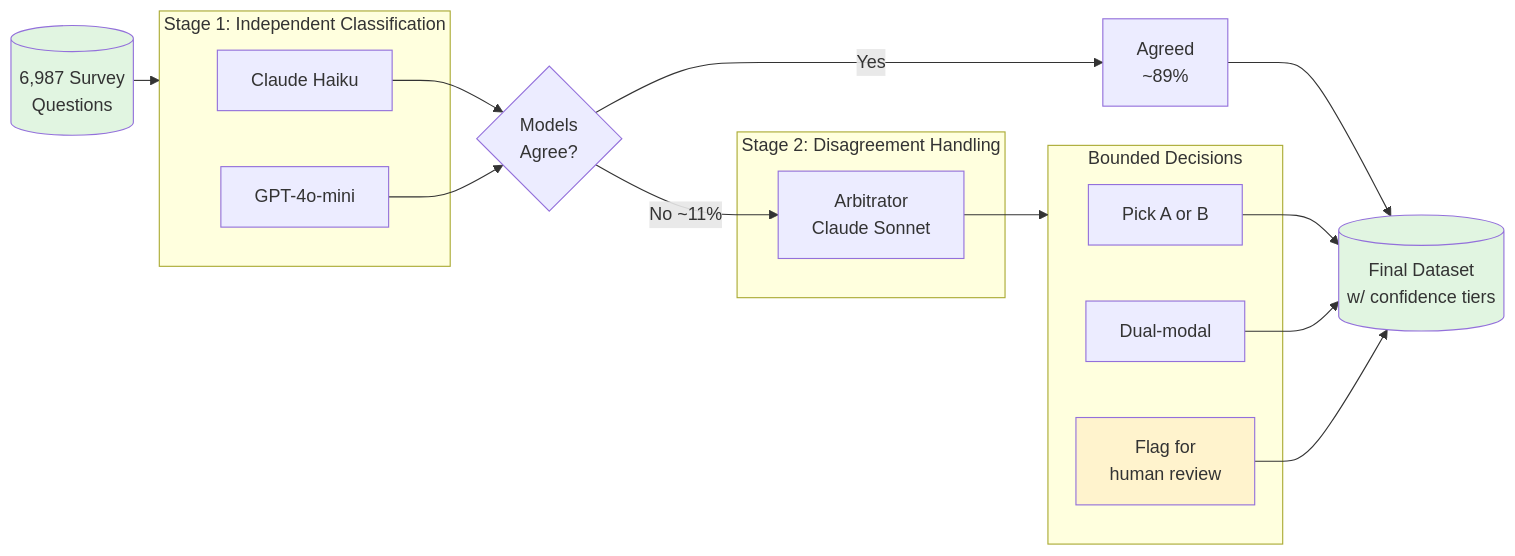
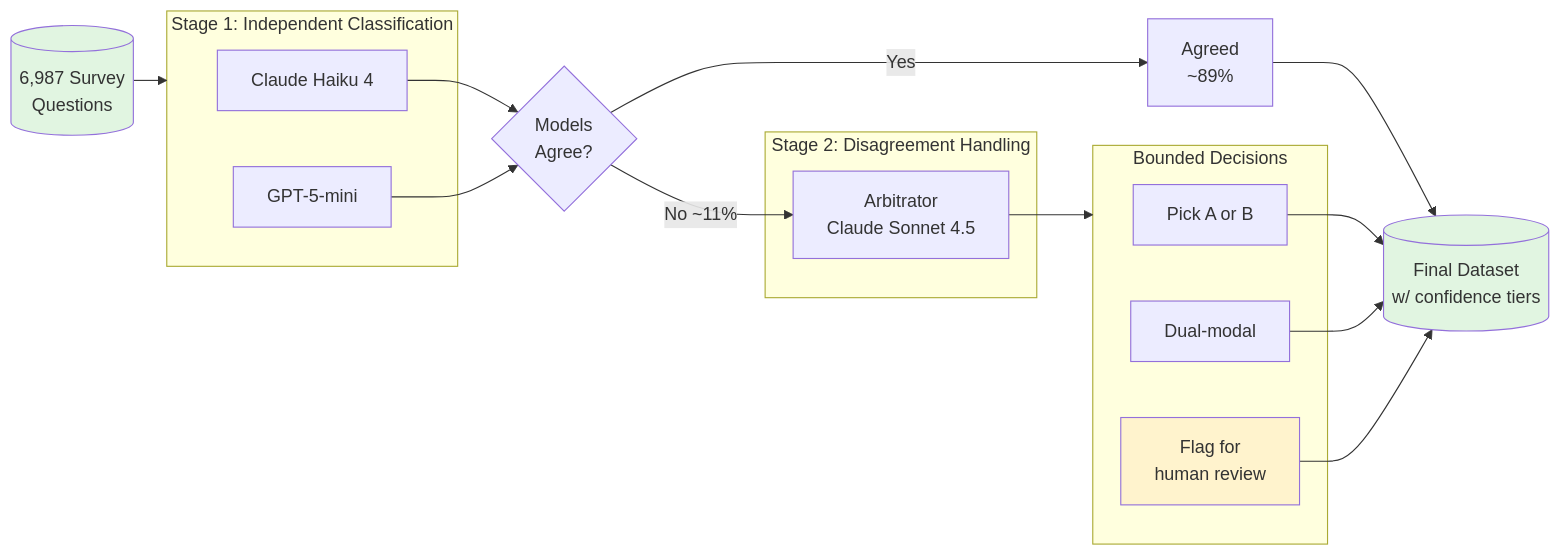
Before and after one commit to brockwebb/ai-demos: the diagram in ai_agents_101/diagrams/fscm_architecture.mmd, drawn with Mermaid. The commit also changed 12 other files, not shown here.

```diff
--- a/ai_agents_101/diagrams/fscm_architecture.mmd
+++ b/ai_agents_101/diagrams/fscm_architecture.mmd
@@ -1,39 +1,39 @@
 flowchart LR
     Input[(6,987 Survey\nQuestions)]
 
     subgraph Stage1[Stage 1: Independent Classification]
-        Claude[Claude Haiku]
-        GPT[GPT-4o-mini]
+        Claude[Claude Haiku 4]
+        GPT[GPT-5-mini]
     end
 
     Compare{Models\nAgree?}
 
     Agree[Agreed\n~89%]
 
     subgraph Stage2[Stage 2: Disagreement Handling]
-        Arbitrate[Arbitrator\nClaude Sonnet]
+        Arbitrate[Arbitrator\nClaude Sonnet 4.5]
     end
 
     subgraph Decisions[Bounded Decisions]
         Pick[Pick A or B]
         Dual[Dual-modal]
         Flag[Flag for\nhuman review]
     end
 
     Output[(Final Dataset\nw/ confidence tiers)]
 
     Input --> Stage1
     Claude --> Compare
     GPT --> Compare
     Compare -->|Yes| Agree
     Compare -->|No ~11%| Arbitrate
     Arbitrate --> Decisions
 
     Agree --> Output
     Pick --> Output
     Dual --> Output
     Flag --> Output
 
     style Input fill:#e1f5e1
     style Output fill:#e1f5e1
     style Flag fill:#fff3cd
```
